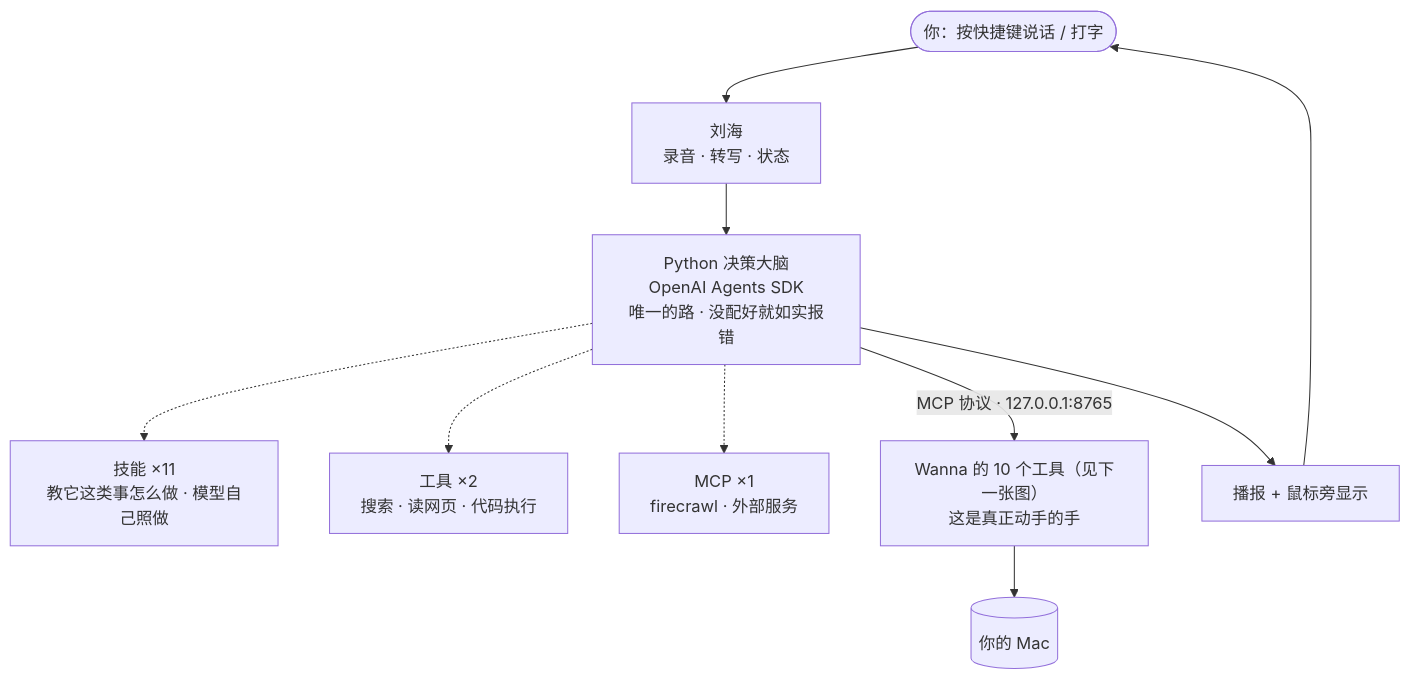
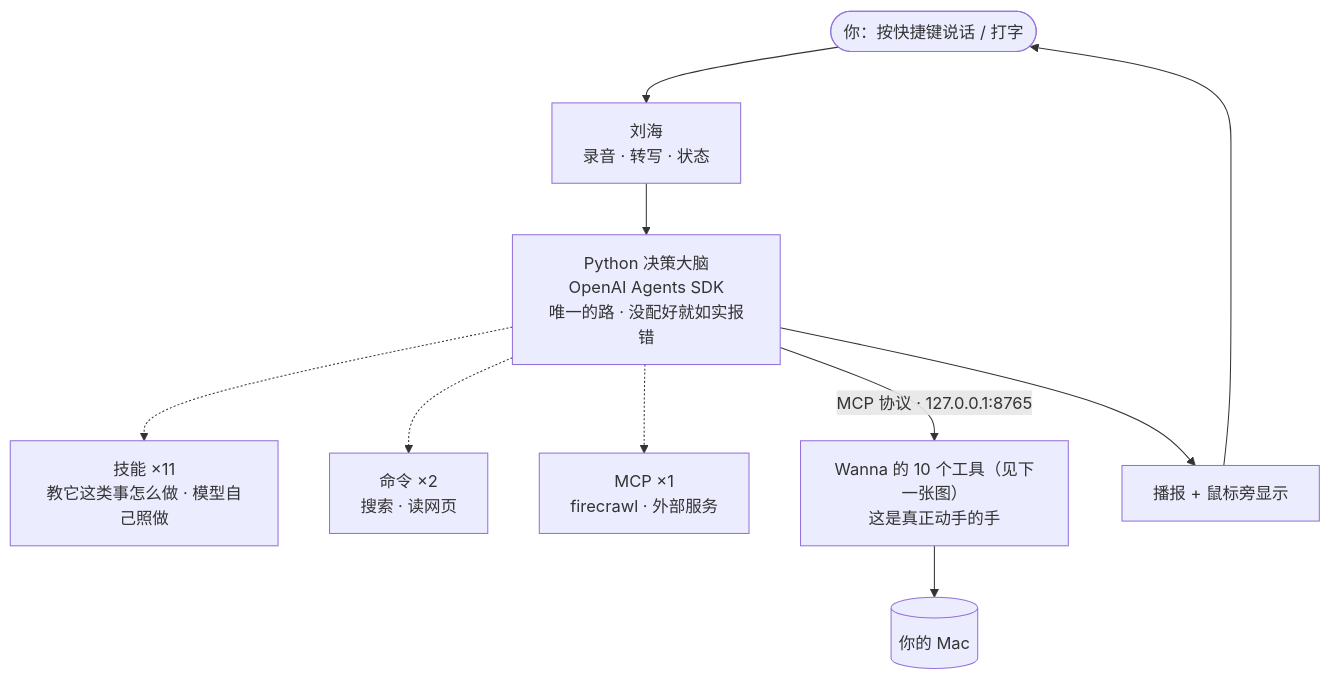
One commit to nash-aigc/wanna changed the first of 2 diagrams in 全局框架/00-项目全貌.md. Above: the diagram before and after it, drawn with Mermaid. The commit also changed other lines of this file, not shown here.

````diff
--- a/全局框架/00-项目全貌.md
+++ b/全局框架/00-项目全貌.md
@@ -12,14 +12,14 @@
 ```mermaid
 flowchart TB
     U([你：按快捷键说话 / 打字]) --> N["刘海<br/>录音 · 转写 · 状态"]
     N --> P["Python 决策大脑<br/>OpenAI Agents SDK<br/>唯一的路 · 没配好就如实报错"]
 
     P -.-> C1["技能 ×11<br/>教它这类事怎么做 · 模型自己照做"]
-    P -.-> C2["工具 ×2<br/>搜索 · 读网页 · 代码执行"]
+    P -.-> C2["命令 ×2<br/>搜索 · 读网页"]
     P -.-> C3["MCP ×1<br/>firecrawl · 外部服务"]
 
     P -->|MCP 协议 · 127.0.0.1:8765| H["Wanna 的 10 个工具（见下一张图）<br/>这是真正动手的手"]
     H --> MAC[(你的 Mac)]
     P --> R["播报 + 鼠标旁显示"]
     R --> U
 ```
````
